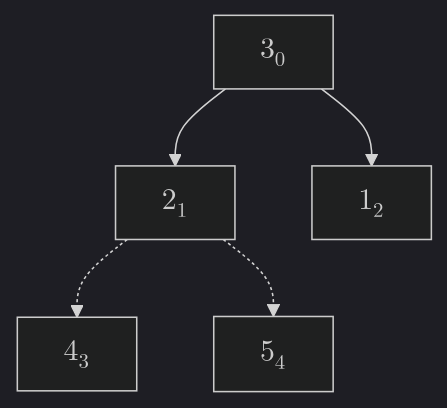
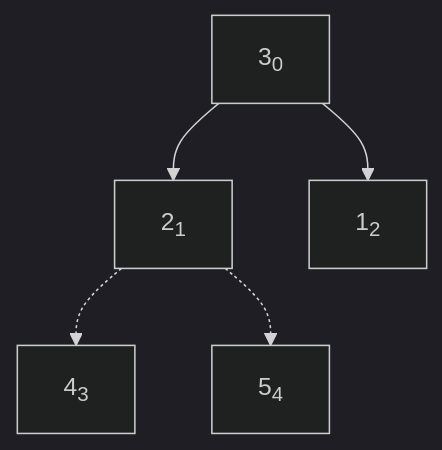
Diagram 13 of 15 in _posts/2024-12-17-sort-four.md (cafewang/cafewang.github.io), drawn with Mermaid (dark theme) before and after one commit. The commit also changed other lines of this file, not shown here.

Commit message:
fix mermaid done

````diff
--- a/_posts/2024-12-17-sort-four.md
+++ b/_posts/2024-12-17-sort-four.md
@@ -245,13 +246,13 @@
 ```mermaid
 
 graph TD 
-A["$$3_0$$"]
-B["$$2_1$$"]
-C["$$1_2$$"]
-D["$$4_3$$"]
-E["$$5_4$$"]
+A["3<sub>0</sub>"]
+B["2<sub>1</sub>"]
+C["1<sub>2</sub>"]
+D["4<sub>3</sub>"]
+E["5<sub>4</sub>"]
 
 A --> B & C
 B -.-> D
 B -.-> E
 ```
````
